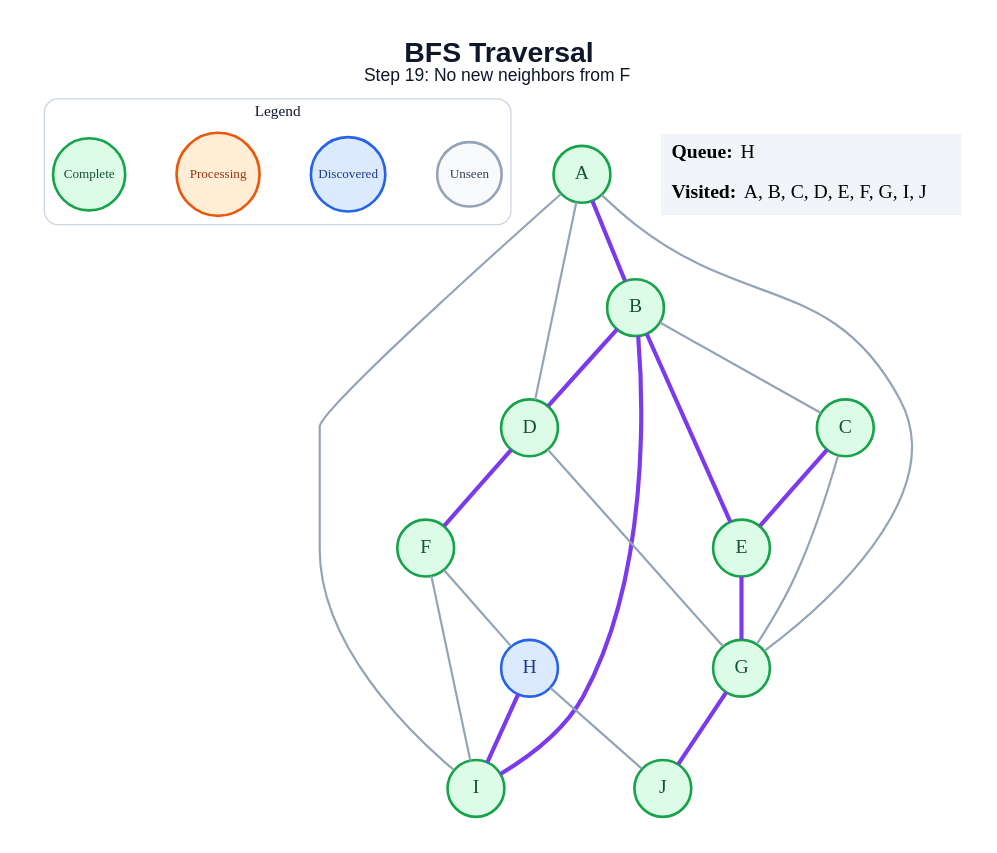
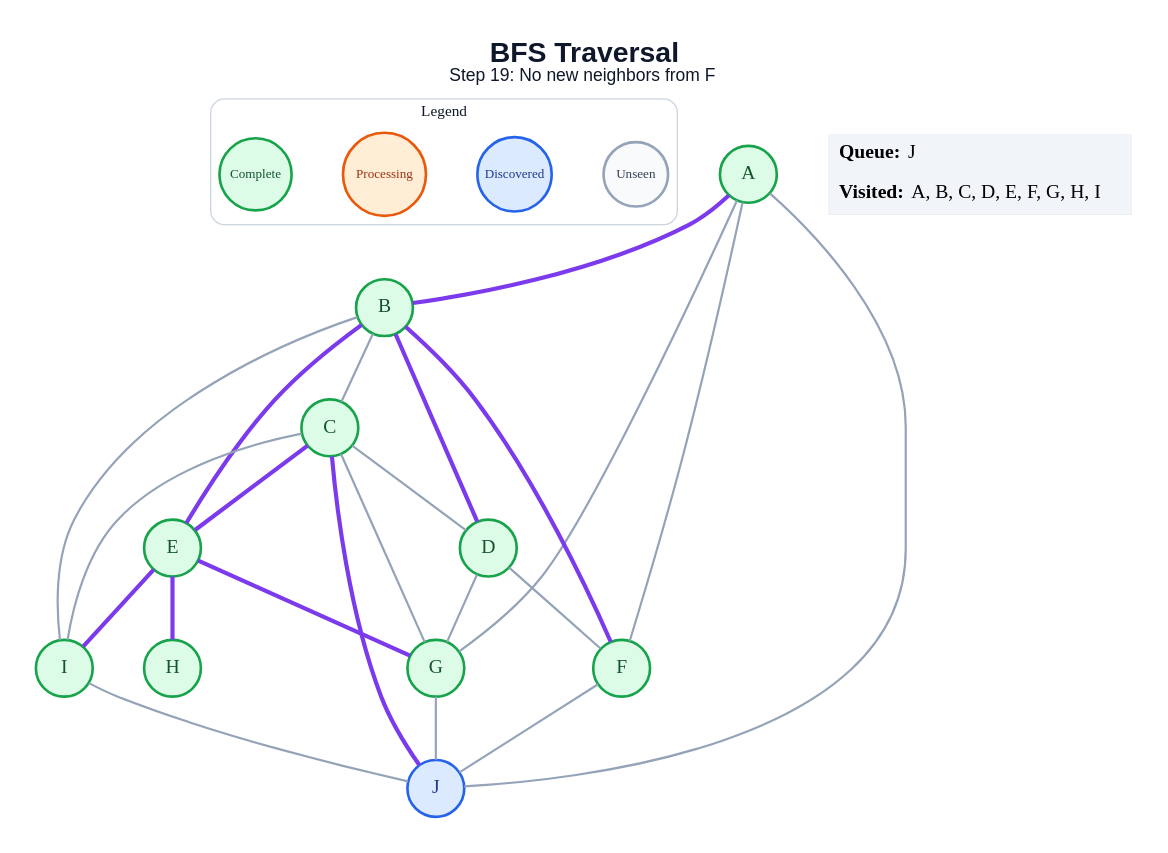
One commit to amanghodawala9/ai-slop changed the diagram in generated/specific-node/bfs/step_19.dot. Above: the diagram before and after it, drawn with Graphviz. The commit also changed 178 other files, not shown here.

```diff
--- a/generated/specific-node/bfs/step_19.dot
+++ b/generated/specific-node/bfs/step_19.dot
@@ -1,47 +1,51 @@
 graph traversal {
   graph [layout=dot, rankdir=TB, bgcolor="#FFFFFF", pad="0.35", nodesep="0.65", ranksep="0.8", fontname="Arial"];
   node [shape=circle, style="filled", fontname="Arial Bold", fontsize=18, width=0.72, fixedsize=true, penwidth=2.4];
   edge [color="#94A3B8", penwidth=2.0];
   label=<<B>BFS Traversal</B><BR/><FONT POINT-SIZE="16">Step 19: No new neighbors from F</FONT>>; labelloc="t"; fontsize=26; fontname="Arial"; fontcolor="#0F172A";
   subgraph cluster_legend { label="Legend"; color="#CBD5E1"; penwidth=1.2; style="rounded"; fontsize=14; fontname="Arial Bold";
     key_unseen [label="Unseen", fillcolor="#F8FAFC", color="#94A3B8", fontcolor="#334155", fontsize=12, width=0.82];
     key_frontier [label="Discovered", fillcolor="#DBEAFE", color="#2563EB", fontcolor="#1E3A8A", fontsize=12, width=0.95];
     key_current [label="Processing", fillcolor="#FFEDD5", color="#EA580C", fontcolor="#9A3412", fontsize=12, width=1.05];
     key_done [label="Complete", fillcolor="#DCFCE7", color="#16A34A", fontcolor="#14532D", fontsize=12, width=0.92];
     { rank=same; key_unseen; key_frontier; key_current; key_done; }
   }
   A [fillcolor="#DCFCE7", color="#16A34A", fontcolor="#14532D"];
   B [fillcolor="#DCFCE7", color="#16A34A", fontcolor="#14532D"];
   C [fillcolor="#DCFCE7", color="#16A34A", fontcolor="#14532D"];
   D [fillcolor="#DCFCE7", color="#16A34A", fontcolor="#14532D"];
   E [fillcolor="#DCFCE7", color="#16A34A", fontcolor="#14532D"];
   F [fillcolor="#DCFCE7", color="#16A34A", fontcolor="#14532D"];
   G [fillcolor="#DCFCE7", color="#16A34A", fontcolor="#14532D"];
-  H [fillcolor="#DBEAFE", color="#2563EB", fontcolor="#1E3A8A"];
+  H [fillcolor="#DCFCE7", color="#16A34A", fontcolor="#14532D"];
   I [fillcolor="#DCFCE7", color="#16A34A", fontcolor="#14532D"];
-  J [fillcolor="#DCFCE7", color="#16A34A", fontcolor="#14532D"];
+  J [fillcolor="#DBEAFE", color="#2563EB", fontcolor="#1E3A8A"];
   A -- B [color="#7C3AED", penwidth=3.8];
-  A -- D;
+  A -- F;
   A -- G;
-  A -- I;
+  A -- J;
   B -- C;
   B -- D [color="#7C3AED", penwidth=3.8];
   B -- E [color="#7C3AED", penwidth=3.8];
-  B -- I [color="#7C3AED", penwidth=3.8];
+  B -- F [color="#7C3AED", penwidth=3.8];
+  B -- I;
+  C -- D;
   C -- E [color="#7C3AED", penwidth=3.8];
   C -- G;
-  D -- F [color="#7C3AED", penwidth=3.8];
+  C -- I;
+  C -- J [color="#7C3AED", penwidth=3.8];
+  D -- F;
   D -- G;
   E -- G [color="#7C3AED", penwidth=3.8];
-  F -- H;
-  F -- I;
-  G -- J [color="#7C3AED", penwidth=3.8];
-  H -- I [color="#7C3AED", penwidth=3.8];
-  H -- J;
+  E -- H [color="#7C3AED", penwidth=3.8];
+  E -- I [color="#7C3AED", penwidth=3.8];
+  F -- J;
+  G -- J;
+  I -- J;
   status [shape=plain, fixedsize=false, width=0, height=0, margin=0, label=<
     <TABLE BORDER="0" CELLBORDER="0" CELLPADDING="7" BGCOLOR="#F1F5F9">
-      <TR><TD ALIGN="LEFT"><B>Queue:</B> H</TD></TR>
-      <TR><TD ALIGN="LEFT"><B>Visited:</B> A, B, C, D, E, F, G, I, J</TD></TR>
+      <TR><TD ALIGN="LEFT"><B>Queue:</B> J</TD></TR>
+      <TR><TD ALIGN="LEFT"><B>Visited:</B> A, B, C, D, E, F, G, H, I</TD></TR>
     </TABLE>
   >];
 }
```
